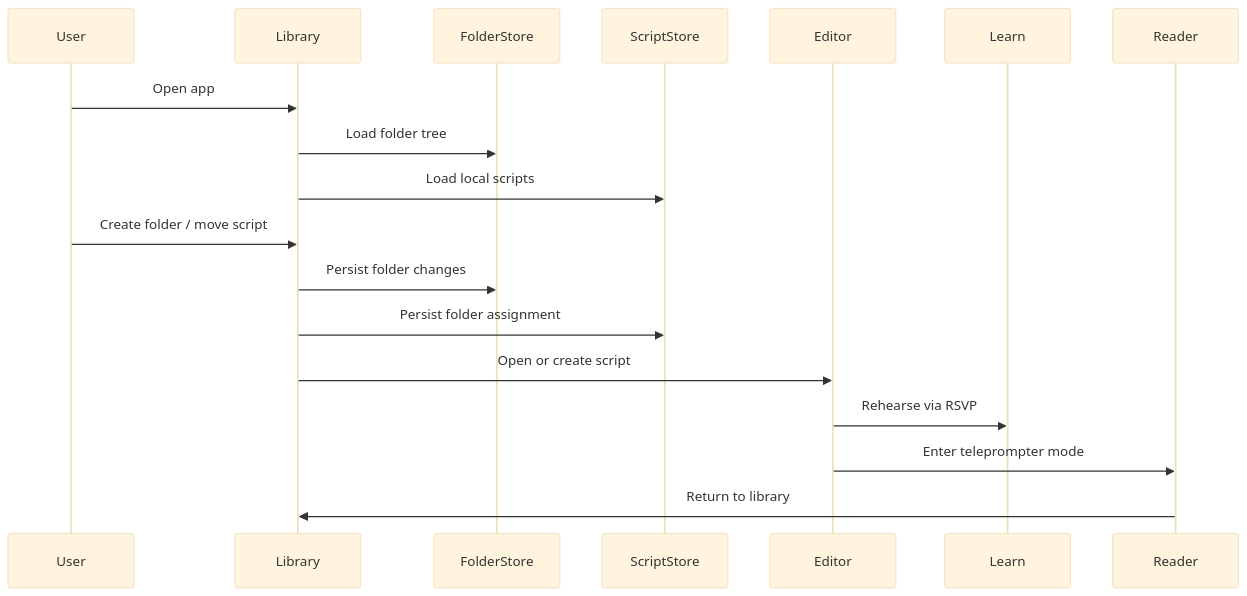
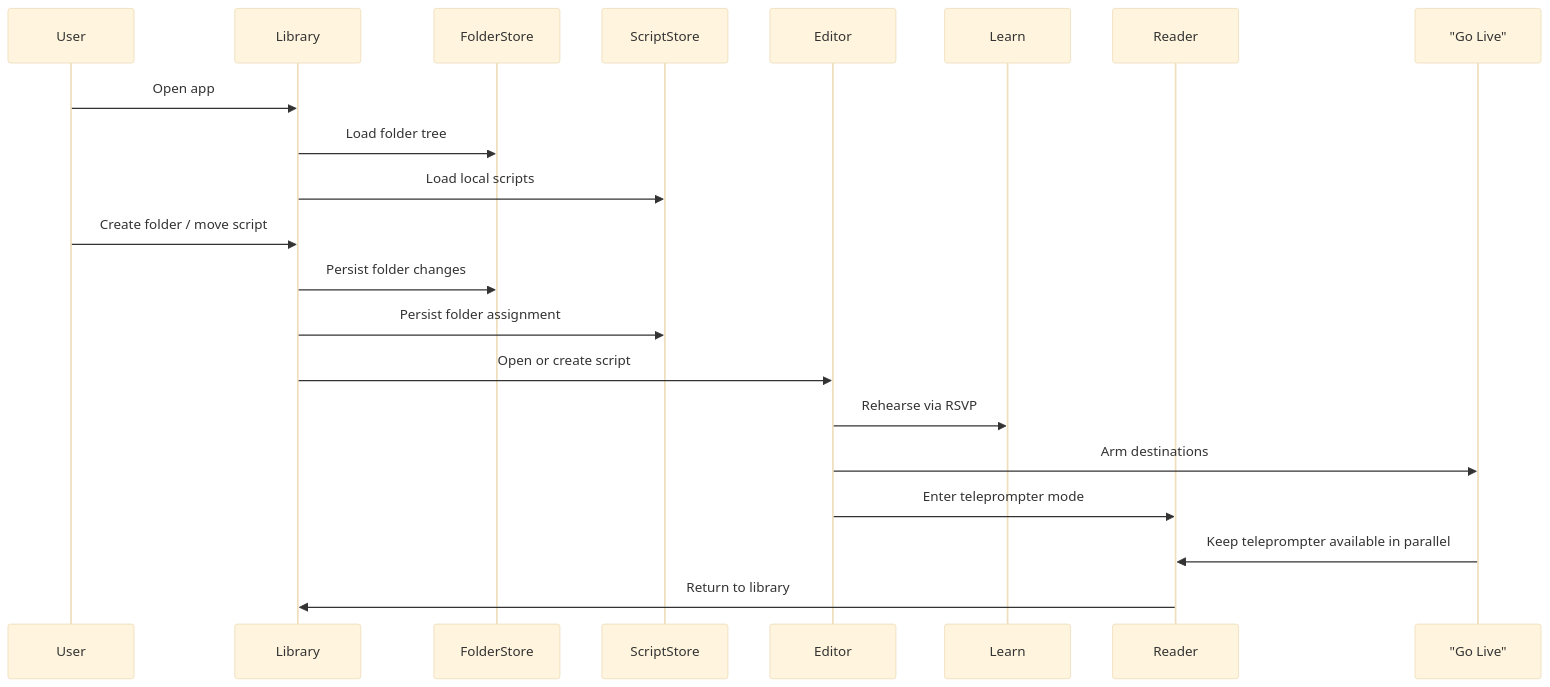
Before and after one commit to managedcode/PrompterOne: the eighth of 11 diagrams in docs/Architecture.md, drawn with Mermaid (base theme). The commit also changed other lines of this file and 153 other files, not shown here.

````diff
--- a/docs/Architecture.md
+++ b/docs/Architecture.md
@@ -198,21 +242,24 @@
 ```mermaid
 sequenceDiagram
     participant User
     participant Library
     participant FolderStore
     participant ScriptStore
     participant Editor
     participant Learn
     participant Reader
+    participant Live as "Go Live"
 
     User->>Library: Open app
     Library->>FolderStore: Load folder tree
     Library->>ScriptStore: Load local scripts
     User->>Library: Create folder / move script
     Library->>FolderStore: Persist folder changes
     Library->>ScriptStore: Persist folder assignment
     Library->>Editor: Open or create script
     Editor->>Learn: Rehearse via RSVP
+    Editor->>Live: Arm destinations
     Editor->>Reader: Enter teleprompter mode
+    Live->>Reader: Keep teleprompter available in parallel
     Reader->>Library: Return to library
 ```
````
